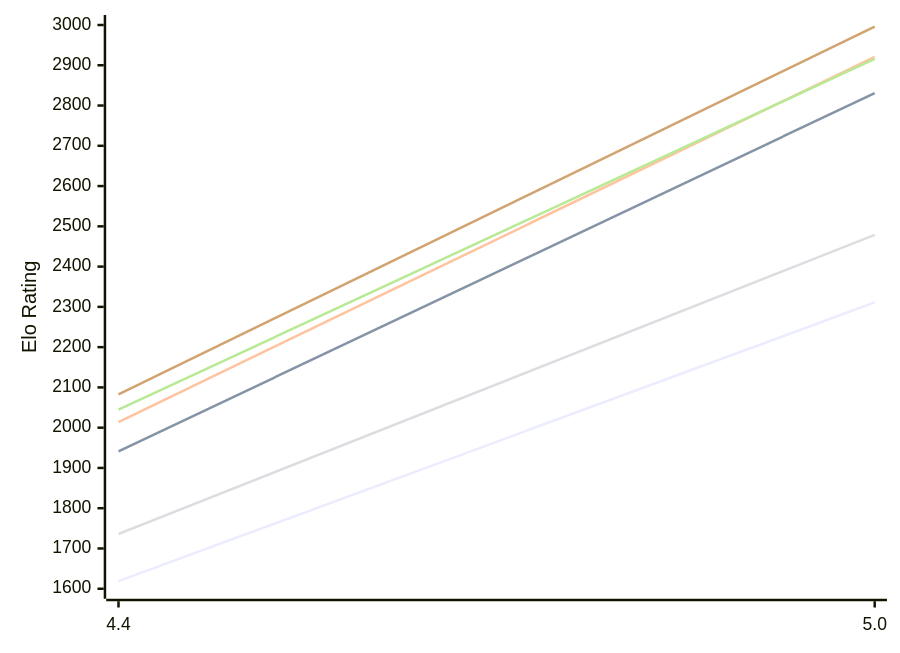
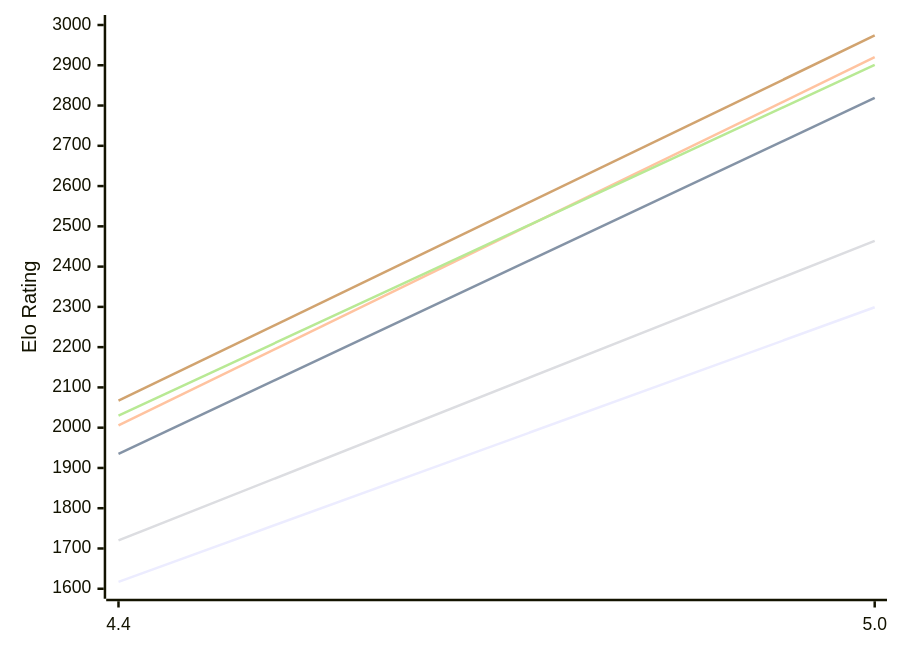
One commit to computer-chess-index/cci changed the first of 2 diagrams in engines/Radiance.md. Above: the diagram before and after it, drawn with Mermaid. The commit also changed other lines of this file, not shown here.

Commit message:
Update CCI Ratings (ELO VLTC) - 2026-11-02

````diff
--- a/engines/Radiance.md
+++ b/engines/Radiance.md
@@ -51,12 +51,12 @@
 ```mermaid
 %%{init: {"theme":"base","themeVariables":{"seriesColors:['#a3a3a3','#222221','#faa371']}}}%%
 xychart-beta
   x-axis ["4.4", "5.0"]
   y-axis "Elo Rating" 1600 --> 3000
-  line "E1: STC (8.0+0.08s)" [1619, 2311]
-  line "E1: LTC (60.0+0.60s)" [1941, 2831]
-  line "E1: VLTC (2m24s+1.12s)" [2014, 2921]
-  line "P1: STC (8.0+0.08s)" [1736, 2479]
-  line "P1: LTC (60.0+0.60s)" [2045, 2916]
-  line "P1: VLTC (2m24s+1.12s)" [2083, 2996]
+  line "E1: STC (8.0+0.08s)" [1617, 2299]
+  line "E1: LTC (60.0+0.60s)" [1935, 2819]
+  line "E1: VLTC (2m24s+1.12s)" [2006, 2920]
+  line "P1: STC (8.0+0.08s)" [1720, 2464]
+  line "P1: LTC (60.0+0.60s)" [2030, 2901]
+  line "P1: VLTC (2m24s+1.12s)" [2067, 2974]
 ```
````
